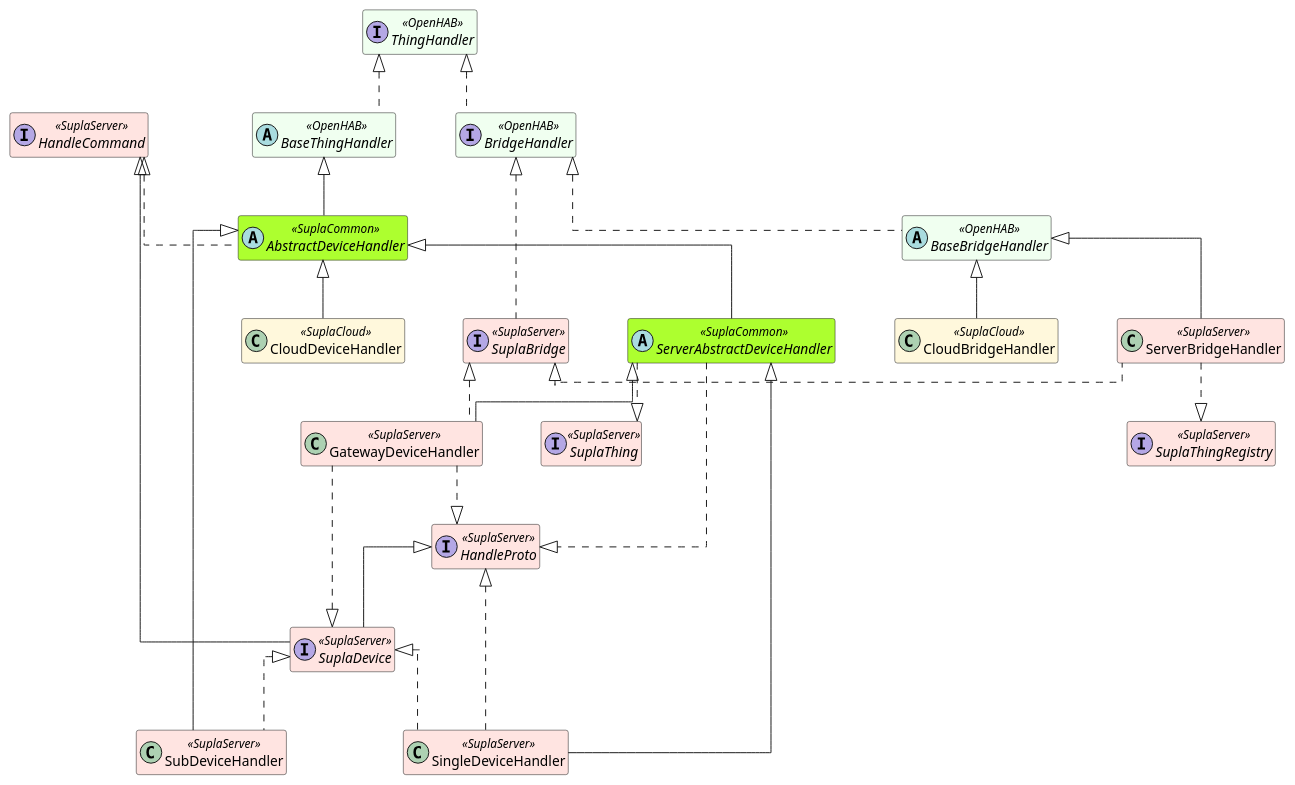
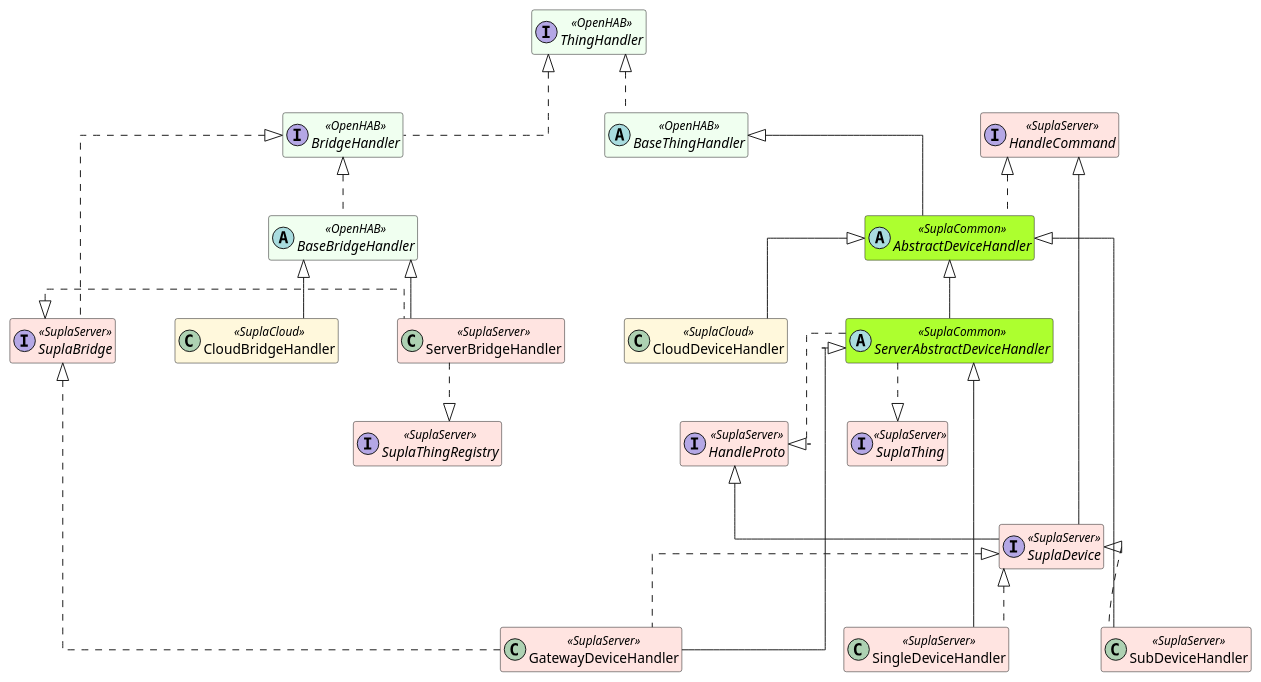
One commit to magx2/openhab-supla changed the diagram in puml/handler-inheritance.puml. Above: the diagram before and after it, drawn with PlantUML.

Commit message:
Adjust `HandleProto`

```diff
--- a/puml/handler-inheritance.puml
+++ b/puml/handler-inheritance.puml
@@ -1,74 +1,72 @@
 @startuml
 skinparam classAttributeIconSize 0
 skinparam linetype ortho
 skinparam nodesep 60
 skinparam ranksep 60
 hide empty members
 
 ' Keep the most-shared abstractions visually at the top
 top to bottom direction
 
 skinparam class {
 BackgroundColor<<OpenHAB>> HoneyDew
 BackgroundColor<<SuplaCloud>> Cornsilk
 BackgroundColor<<SuplaServer>> MistyRose
 BackgroundColor<<SuplaCommon>> GreenYellow
 }
 
 ' Anchor heavily used OpenHAB and Supla abstractions on the top rank
 interface ThingHandler <<OpenHAB>>
 interface BridgeHandler <<OpenHAB>>
 abstract class BaseThingHandler <<OpenHAB>>
 abstract class BaseBridgeHandler <<OpenHAB>>
 
 abstract class AbstractDeviceHandler <<SuplaCommon>>
 abstract class ServerAbstractDeviceHandler <<SuplaCommon>>
 
 interface HandleCommand <<SuplaServer>>
 interface HandleProto <<SuplaServer>>
 interface SuplaDevice <<SuplaServer>>
 interface SuplaThing <<SuplaServer>>
 interface SuplaThingRegistry <<SuplaServer>>
 interface SuplaBridge <<SuplaServer>>
 
 class GatewayDeviceHandler <<SuplaServer>>
 class SingleDeviceHandler <<SuplaServer>>
 class SubDeviceHandler <<SuplaServer>>
 class ServerBridgeHandler <<SuplaServer>>
 
 class CloudBridgeHandler <<SuplaCloud>>
 class CloudDeviceHandler <<SuplaCloud>>
 
 ' OpenHAB core relationships
 ThingHandler <|.. BaseThingHandler
 ThingHandler <|.. BridgeHandler
 BridgeHandler <|.. BaseBridgeHandler
 
 ' Device handler relationships
 BaseThingHandler <|-- AbstractDeviceHandler
 AbstractDeviceHandler <|-down- ServerAbstractDeviceHandler
 AbstractDeviceHandler <|-- SubDeviceHandler
 AbstractDeviceHandler <|-- CloudDeviceHandler
 ServerAbstractDeviceHandler <|-- GatewayDeviceHandler
 ServerAbstractDeviceHandler <|-- SingleDeviceHandler
 
 ' Supla trait implementations (device side)
 HandleCommand <|.. AbstractDeviceHandler
 HandleProto <|.up. ServerAbstractDeviceHandler
-HandleProto <|.up. SingleDeviceHandler
-HandleProto <|.up. GatewayDeviceHandler
 HandleCommand <|-- SuplaDevice
 HandleProto <|-- SuplaDevice
 SuplaDevice <|.. SubDeviceHandler
 SuplaDevice <|.. SingleDeviceHandler
 SuplaDevice <|.. GatewayDeviceHandler
 SuplaThing <|.up. ServerAbstractDeviceHandler
 
 ' Bridge handler relationships
 BaseBridgeHandler <|-down- CloudBridgeHandler
 BaseBridgeHandler <|-down- ServerBridgeHandler
 BridgeHandler <|.. SuplaBridge
 SuplaBridge <|.. GatewayDeviceHandler
 SuplaBridge <|.right. ServerBridgeHandler
 SuplaThingRegistry <|.up. ServerBridgeHandler
 @enduml
```
